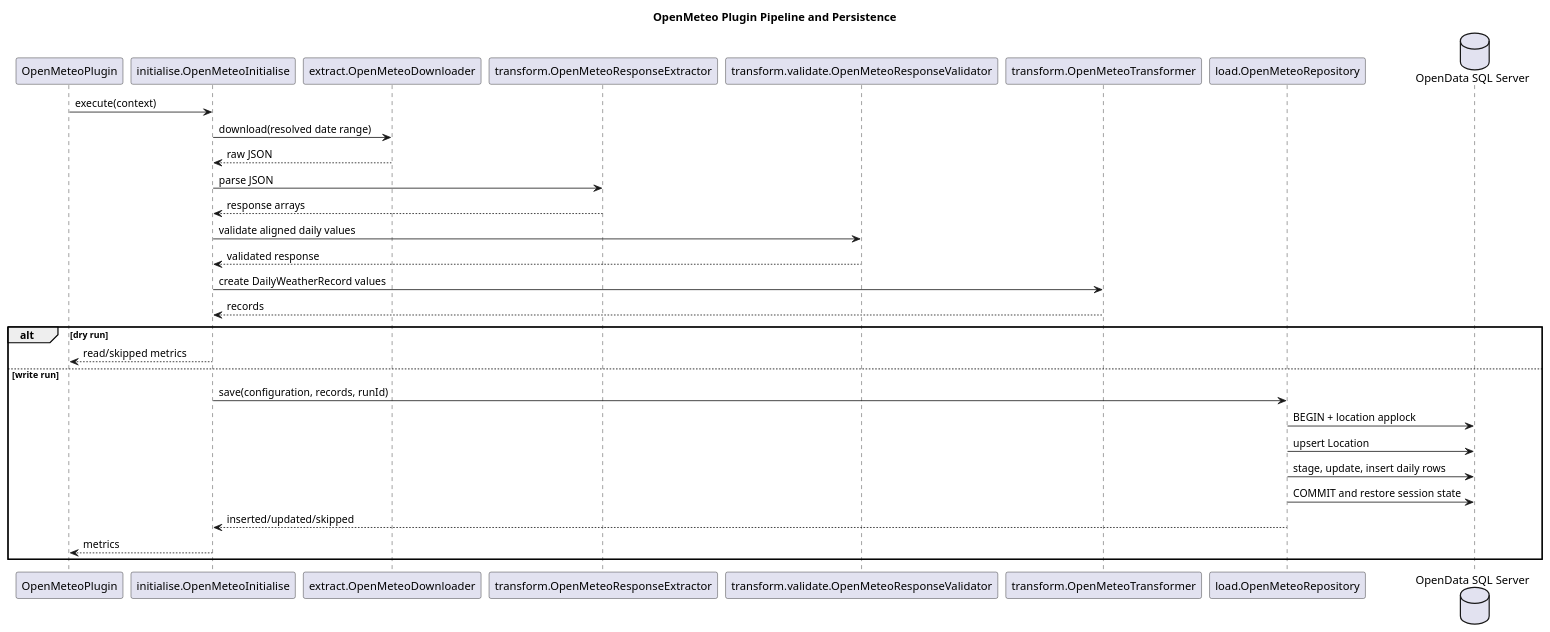
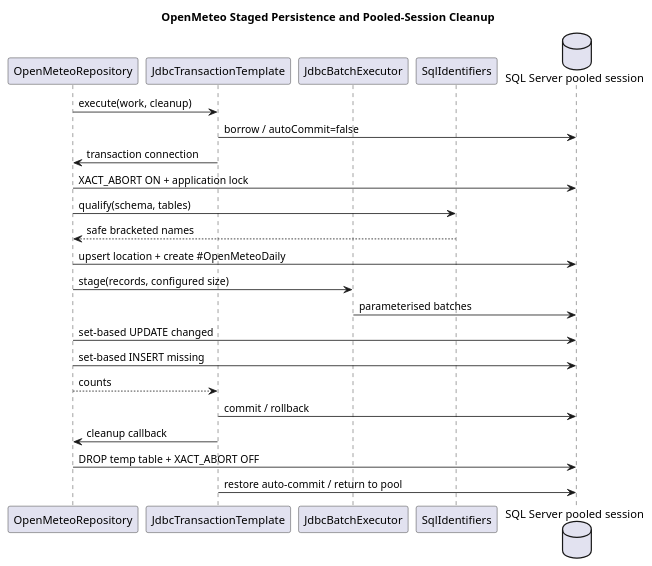
Before and after one commit to TerryCurranZellis/OpenData: the diagram in docs/diagrams/source/openmeteo-persistence.puml, drawn with PlantUML. The commit also changed 47 other files, not shown here.

```diff
--- a/docs/diagrams/source/openmeteo-persistence.puml
+++ b/docs/diagrams/source/openmeteo-persistence.puml
@@ -1,32 +1,27 @@
 @startuml
-title OpenMeteo Plugin Pipeline and Persistence
-participant OpenMeteoPlugin as Plugin
-participant "initialise.OpenMeteoInitialise" as Initialise
-participant "extract.OpenMeteoDownloader" as Download
-participant "transform.OpenMeteoResponseExtractor" as Extract
-participant "transform.validate.OpenMeteoResponseValidator" as Validate
-participant "transform.OpenMeteoTransformer" as Transform
-participant "load.OpenMeteoRepository" as Load
-database "OpenData SQL Server" as SQLServer
+!pragma layout smetana
+title OpenMeteo Staged Persistence and Pooled-Session Cleanup
 
-Plugin -> Initialise : execute(context)
-Initialise -> Download : download(resolved date range)
-Download --> Initialise : raw JSON
-Initialise -> Extract : parse JSON
-Extract --> Initialise : response arrays
-Initialise -> Validate : validate aligned daily values
-Validate --> Initialise : validated response
-Initialise -> Transform : create DailyWeatherRecord values
-Transform --> Initialise : records
-alt dry run
-  Initialise --> Plugin : read/skipped metrics
-else write run
-  Initialise -> Load : save(configuration, records, runId)
-  Load -> SQLServer : BEGIN + location applock
-  Load -> SQLServer : upsert Location
-  Load -> SQLServer : stage, update, insert daily rows
-  Load -> SQLServer : COMMIT and restore session state
-  Load --> Initialise : inserted/updated/skipped
-  Initialise --> Plugin : metrics
-end
+participant OpenMeteoRepository
+participant JdbcTransactionTemplate
+participant JdbcBatchExecutor
+participant SqlIdentifiers
+database "SQL Server pooled session" as DB
+
+OpenMeteoRepository -> JdbcTransactionTemplate : execute(work, cleanup)
+JdbcTransactionTemplate -> DB : borrow / autoCommit=false
+JdbcTransactionTemplate -> OpenMeteoRepository : transaction connection
+OpenMeteoRepository -> DB : XACT_ABORT ON + application lock
+OpenMeteoRepository -> SqlIdentifiers : qualify(schema, tables)
+SqlIdentifiers --> OpenMeteoRepository : safe bracketed names
+OpenMeteoRepository -> DB : upsert location + create #OpenMeteoDaily
+OpenMeteoRepository -> JdbcBatchExecutor : stage(records, configured size)
+JdbcBatchExecutor -> DB : parameterised batches
+OpenMeteoRepository -> DB : set-based UPDATE changed
+OpenMeteoRepository -> DB : set-based INSERT missing
+OpenMeteoRepository --> JdbcTransactionTemplate : counts
+JdbcTransactionTemplate -> DB : commit / rollback
+JdbcTransactionTemplate -> OpenMeteoRepository : cleanup callback
+OpenMeteoRepository -> DB : DROP temp table + XACT_ABORT OFF
+JdbcTransactionTemplate -> DB : restore auto-commit / return to pool
 @enduml
```
